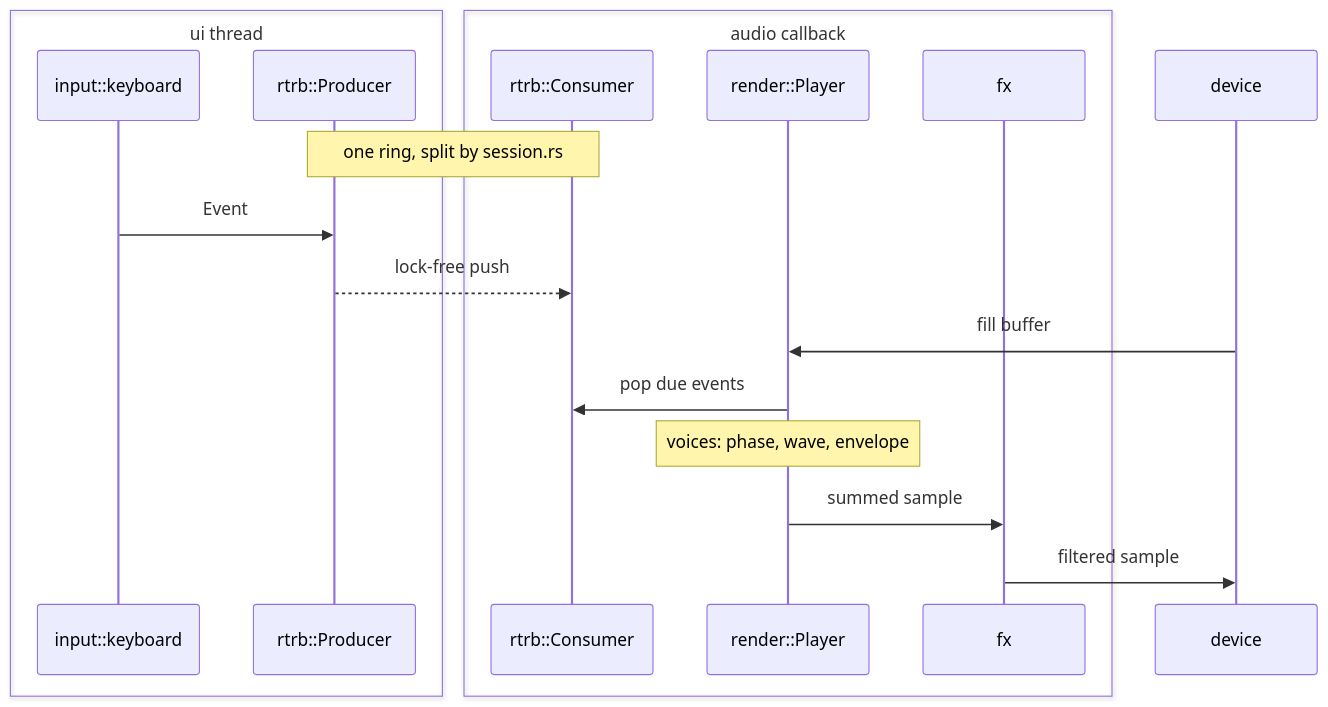
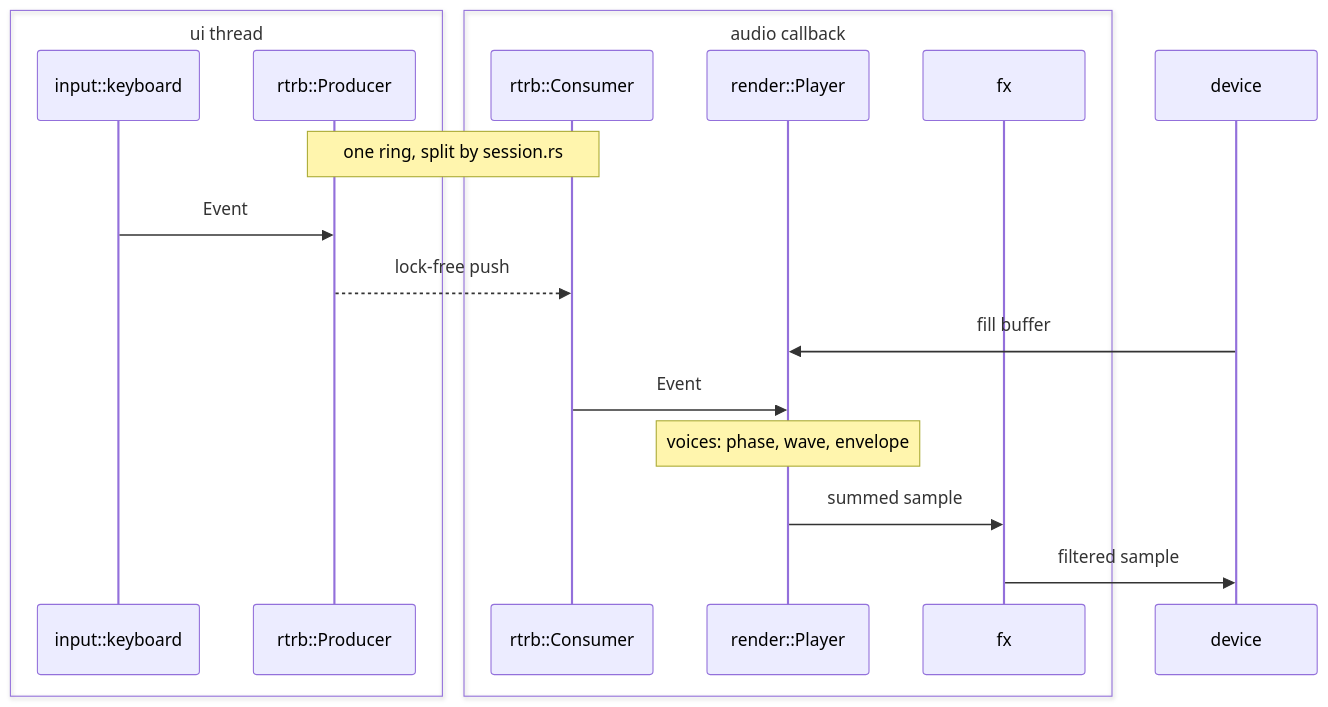
One commit to turkosaurus/synth changed the diagram in src/audio/README.md. Above: the diagram before and after it, drawn with Mermaid.

Commit message:
docs: event flows from consumer to player

````diff
--- a/src/audio/README.md
+++ b/src/audio/README.md
@@ -9,22 +9,22 @@
 ```mermaid
 sequenceDiagram
     box ui thread
         participant keyboard as input::keyboard
         participant tx as rtrb::Producer
     end
     box audio callback
         participant rx as rtrb::Consumer
         participant player as render::Player
         participant fx
     end
     participant device
 
     note over tx,rx: one ring, split by session.rs
     keyboard->>tx: Event
     tx-->>rx: lock-free push
     device->>player: fill buffer
-    player->>rx: pop due events
+    rx->>player: Event
     note over player: voices: phase, wave, envelope
     player->>fx: summed sample
     fx->>device: filtered sample
 ```
````
